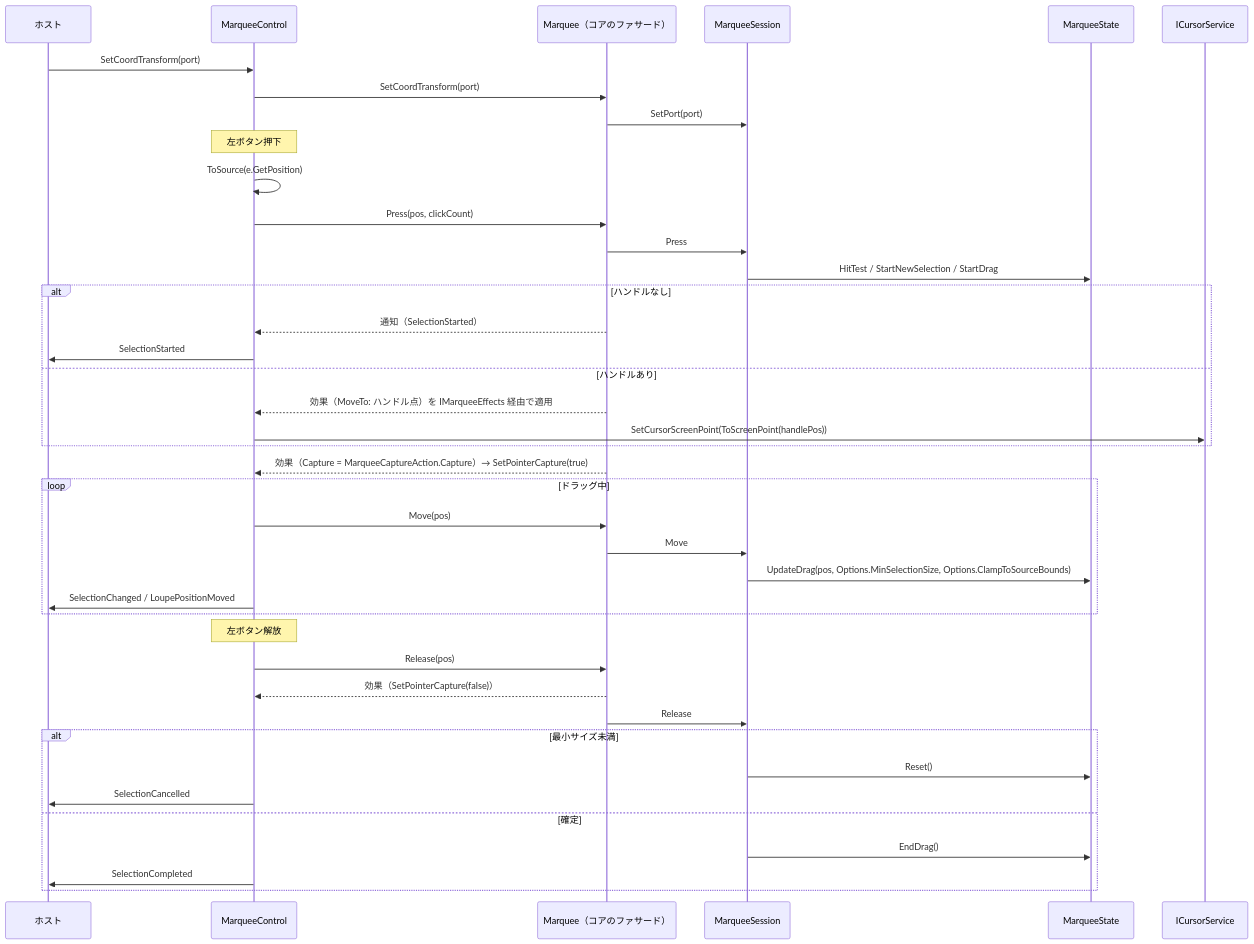
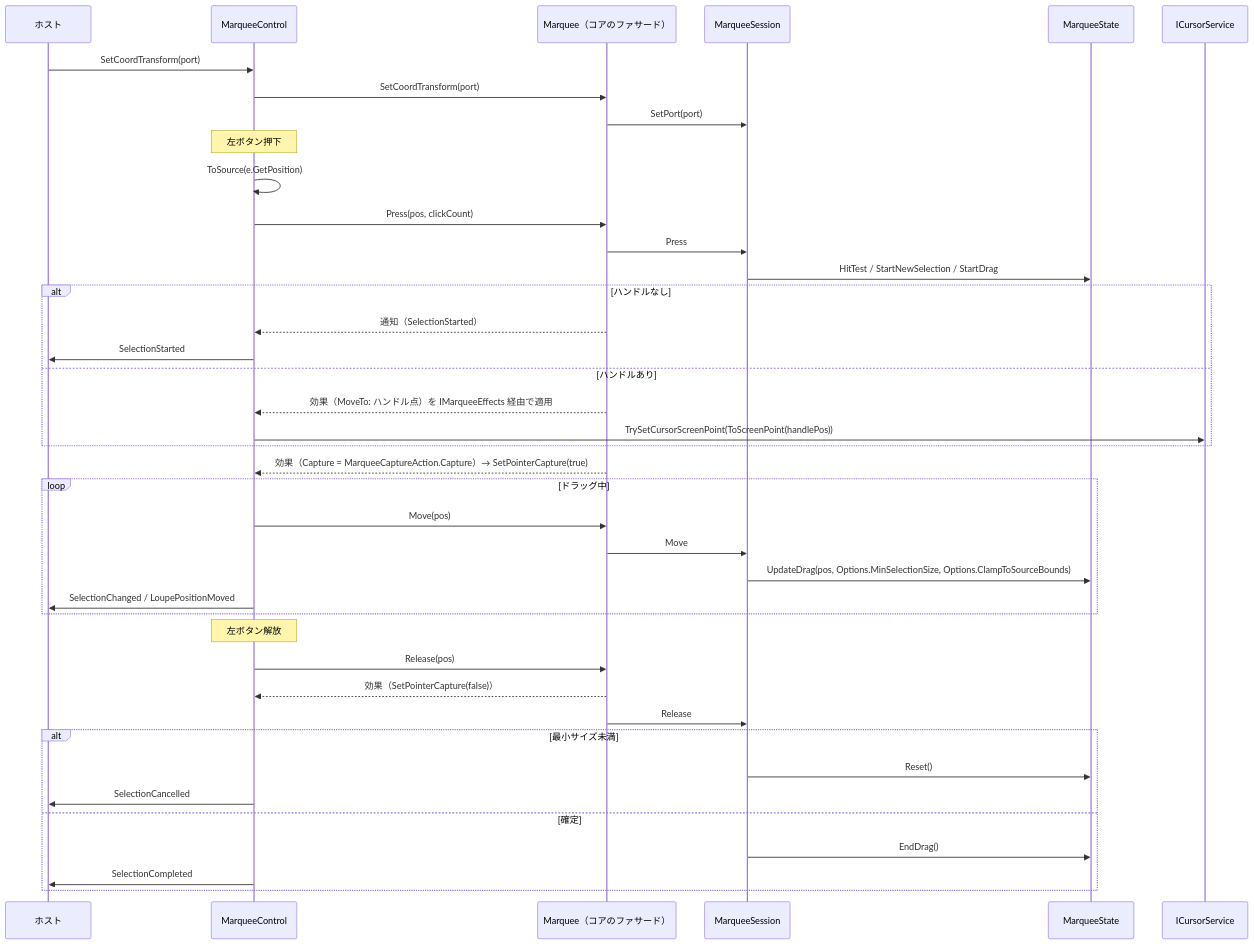
The second of 4 diagrams in src/EsUtil.Feature.Marquee.ControlMewUI/docs/SPEC_System.md (tomokuni/SaveEvidence), drawn with Mermaid before and after one commit. The commit also changed other lines of this file and 62 other files, not shown here.

````diff
--- a/src/EsUtil.Feature.Marquee.ControlMewUI/docs/SPEC_System.md
+++ b/src/EsUtil.Feature.Marquee.ControlMewUI/docs/SPEC_System.md
@@ -282,43 +282,43 @@
 ```mermaid
 sequenceDiagram
     participant Host as ホスト
     participant Ctl as MarqueeControl
     participant Fac as Marquee（コアのファサード）
     participant Ses as MarqueeSession
     participant St as MarqueeState
     participant Cur as ICursorService
 
     Host->>Ctl: SetCoordTransform(port)
     Ctl->>Fac: SetCoordTransform(port)
     Fac->>Ses: SetPort(port)
     Note over Ctl: 左ボタン押下
     Ctl->>Ctl: ToSource(e.GetPosition)
     Ctl->>Fac: Press(pos, clickCount)
     Fac->>Ses: Press
     Ses->>St: HitTest / StartNewSelection / StartDrag
     alt ハンドルなし
         Fac-->>Ctl: 通知（SelectionStarted）
         Ctl->>Host: SelectionStarted
     else ハンドルあり
         Fac-->>Ctl: 効果（MoveTo: ハンドル点）を IMarqueeEffects 経由で適用
-        Ctl->>Cur: SetCursorScreenPoint(ToScreenPoint(handlePos))
+        Ctl->>Cur: TrySetCursorScreenPoint(ToScreenPoint(handlePos))
     end
     Fac-->>Ctl: 効果（Capture = MarqueeCaptureAction.Capture）→ SetPointerCapture(true)
     loop ドラッグ中
         Ctl->>Fac: Move(pos)
         Fac->>Ses: Move
         Ses->>St: UpdateDrag(pos, Options.MinSelectionSize, Options.ClampToSourceBounds)
         Ctl->>Host: SelectionChanged / LoupePositionMoved
     end
     Note over Ctl: 左ボタン解放
     Ctl->>Fac: Release(pos)
     Fac-->>Ctl: 効果（SetPointerCapture(false)）
     Fac->>Ses: Release
     alt 最小サイズ未満
         Ses->>St: Reset()
         Ctl->>Host: SelectionCancelled
     else 確定
         Ses->>St: EndDrag()
         Ctl->>Host: SelectionCompleted
     end
 ```
````
